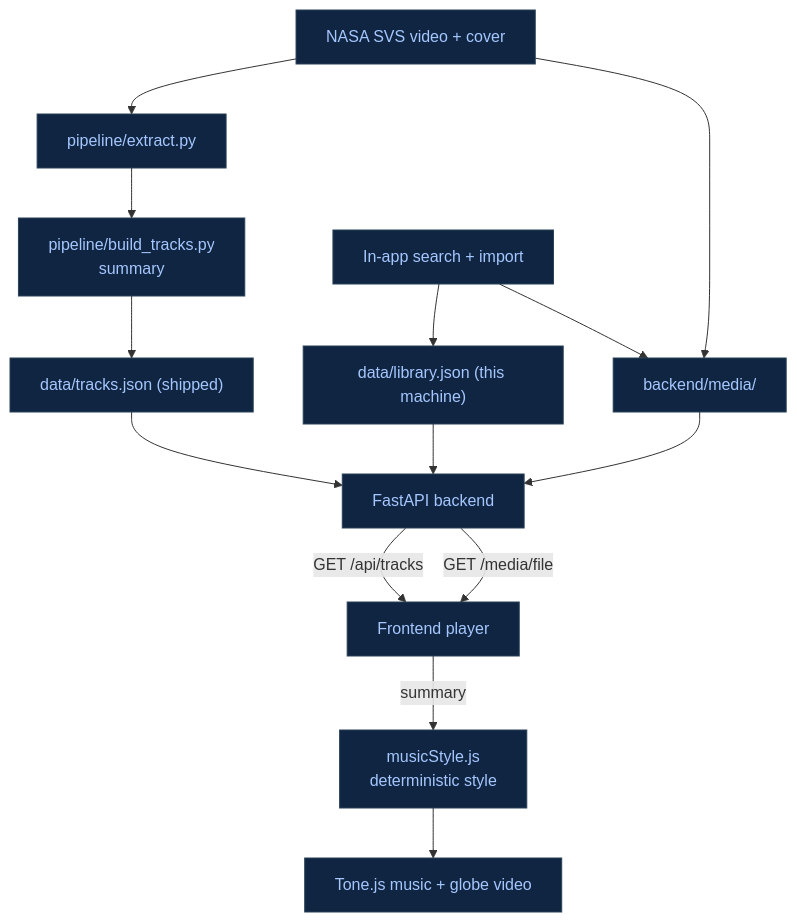
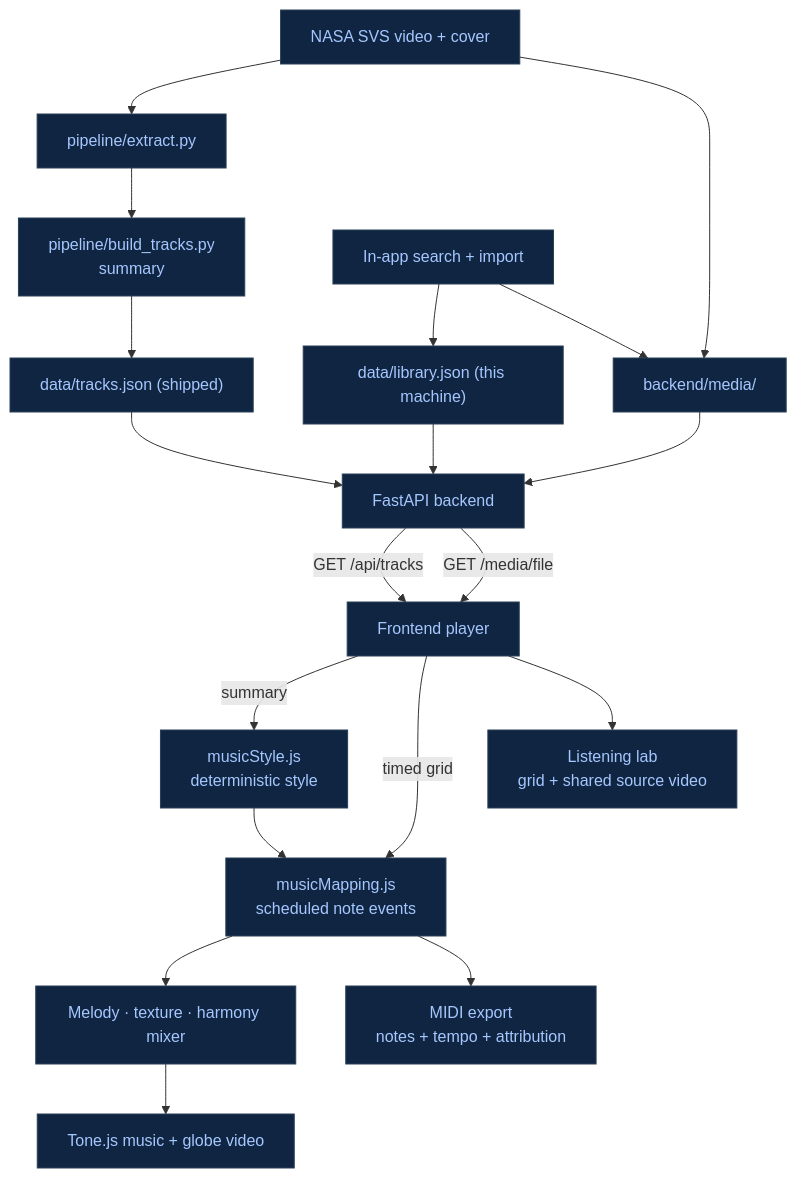
The diagram in docs/HOW_IT_WORKS.md (bruno-rosado/earth-fm-78.7), drawn with Mermaid before and after one commit. The commit also changed other lines of this file and 20 other files, not shown here.

````diff
--- a/docs/HOW_IT_WORKS.md
+++ b/docs/HOW_IT_WORKS.md
@@ -11,21 +12,26 @@
 ```mermaid
 flowchart TD
     NASA["NASA SVS video + cover"] --> Extract["pipeline/extract.py"]
     Extract --> Build["pipeline/build_tracks.py<br/>summary"]
     Build --> Catalog["data/tracks.json (shipped)"]
     NASA --> Media["backend/media/"]
 
     Search["In-app search + import"] --> Library["data/library.json (this machine)"]
     Search --> Media
 
     Catalog --> Backend["FastAPI backend"]
     Library --> Backend
     Media --> Backend
 
     Backend -->|"GET /api/tracks"| Player["Frontend player"]
     Backend -->|"GET /media/file"| Player
     Player -->|"summary"| Style["musicStyle.js<br/>deterministic style"]
-    Style --> Live["Tone.js music + globe video"]
+    Player -->|"timed grid"| Mapping["musicMapping.js<br/>scheduled note events"]
+    Style --> Mapping
+    Mapping --> Mix["Melody · texture · harmony mixer"]
+    Mix --> Live["Tone.js music + globe video"]
+    Player --> Lab["Listening lab<br/>grid + shared source video"]
+    Mapping --> MIDI["MIDI export<br/>notes + tempo + attribution"]
 
     classDef default fill:#102541,stroke:#294057,color:#a5c7ff;
 ```
````
